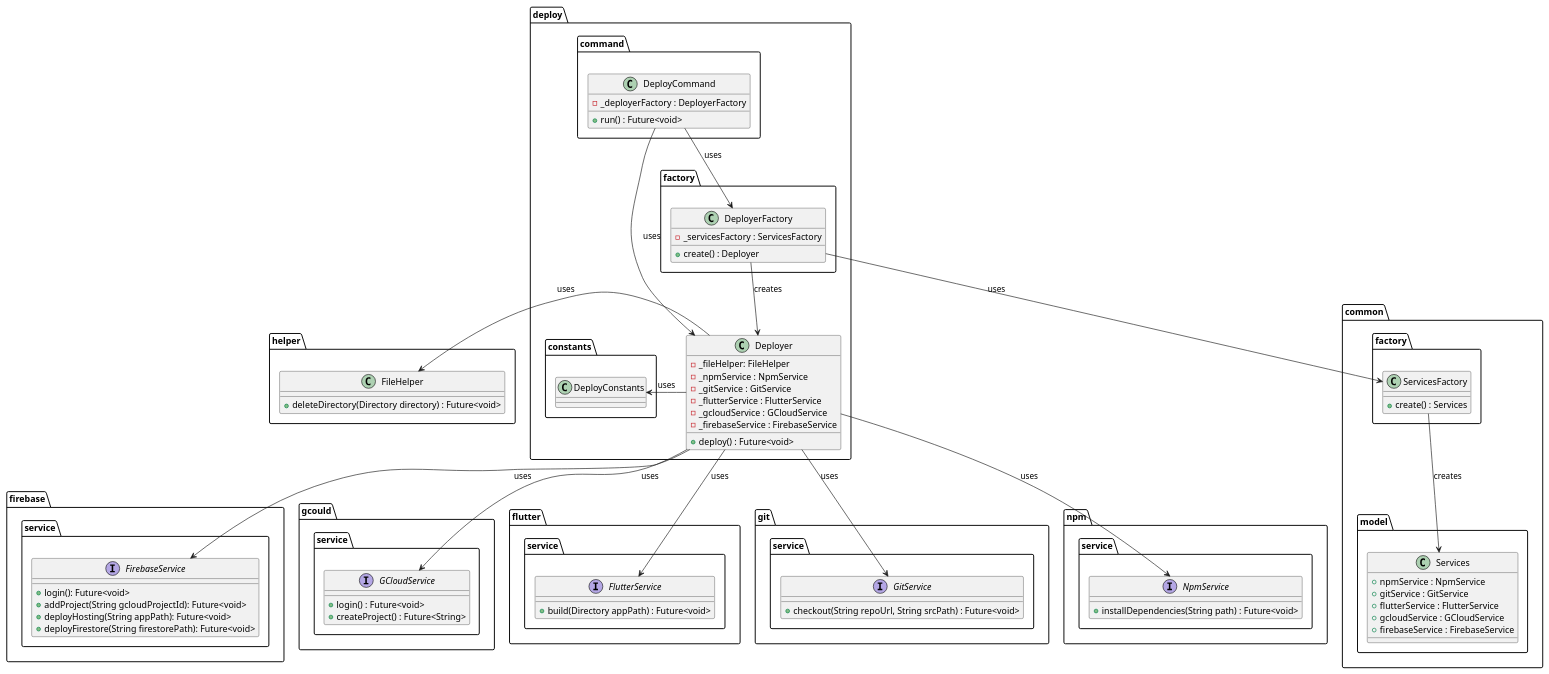
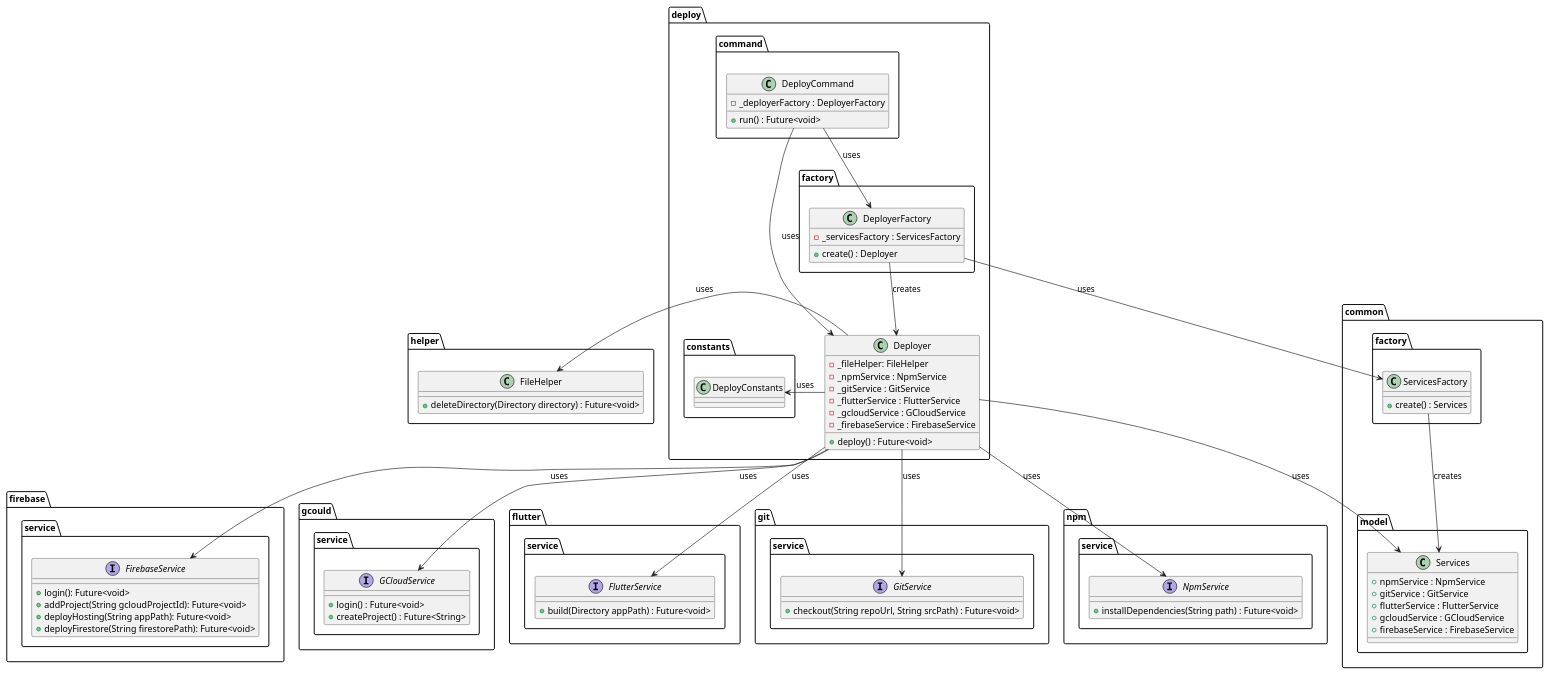
One commit to Flank/flank-dashboard changed the diagram in metrics/cli/docs/diagrams/deploy_command_class_diagram.puml. Above: the diagram before and after it, drawn with PlantUML. The commit also changed 3 other files, not shown here.

```diff
--- a/metrics/cli/docs/diagrams/deploy_command_class_diagram.puml
+++ b/metrics/cli/docs/diagrams/deploy_command_class_diagram.puml
@@ -1,109 +1,109 @@
 @startuml deploy_command_class_diagram
 
 package firebase.service {
     interface FirebaseService {
         + login(): Future<void>
         + addProject(String gcloudProjectId): Future<void>
         + deployHosting(String appPath): Future<void>
         + deployFirestore(String firestorePath): Future<void>
     }
 }
 
 package gcould.service {
     interface GCloudService {
         + login() : Future<void>
         + createProject() : Future<String>
     }
 }
 
 package flutter.service {
     interface FlutterService  {
         + build(Directory appPath) : Future<void>
     }
 }
 
 package  git.service{
     interface GitService  {
         + checkout(String repoUrl, String srcPath) : Future<void>
     }
 }
 
 package  npm.service {
     interface NpmService  {
         + installDependencies(String path) : Future<void>
     }
 }
 
 package common {
     package model {
         class Services {
             + npmService : NpmService
             + gitService : GitService
             + flutterService : FlutterService
             + gcloudService : GCloudService
             + firebaseService : FirebaseService
         }
     }
 
     package factory as common.factory{
         class ServicesFactory {
             + create() : Services
         }
     }
 }
 
 
 package deploy {
     package command {
         class DeployCommand {
             - _deployerFactory : DeployerFactory
             + run() : Future<void>
         }
     }
 
     package constants {
         class DeployConstants{}
     }
 
     package factory {
         class DeployerFactory {
             - _servicesFactory : ServicesFactory
             + create() : Deployer
         }
     }
 
     class Deployer {
         - _fileHelper: FileHelper
         - _npmService : NpmService
         - _gitService : GitService
         - _flutterService : FlutterService
         - _gcloudService : GCloudService
         - _firebaseService : FirebaseService
         + deploy() : Future<void>
     }
 }
 
 package helper {
     class FileHelper {
         + deleteDirectory(Directory directory) : Future<void>
     }
 }
 
 Deployer -down-> NpmService : uses
 Deployer -down-> GitService : uses
 Deployer -down-> FlutterService : uses
 Deployer -down-> GCloudService : uses
 Deployer -down-> FirebaseService : uses
-
 Deployer -left-> FileHelper : uses
 Deployer -> DeployConstants : uses
+Deployer -> Services : uses
 
 DeployCommand -down-> Deployer : uses
 DeployCommand -down-> DeployerFactory : uses
 DeployerFactory --> ServicesFactory : uses
 
 ServicesFactory --> Services : creates
 
 DeployerFactory --> Deployer : creates
 
 @enduml
```
